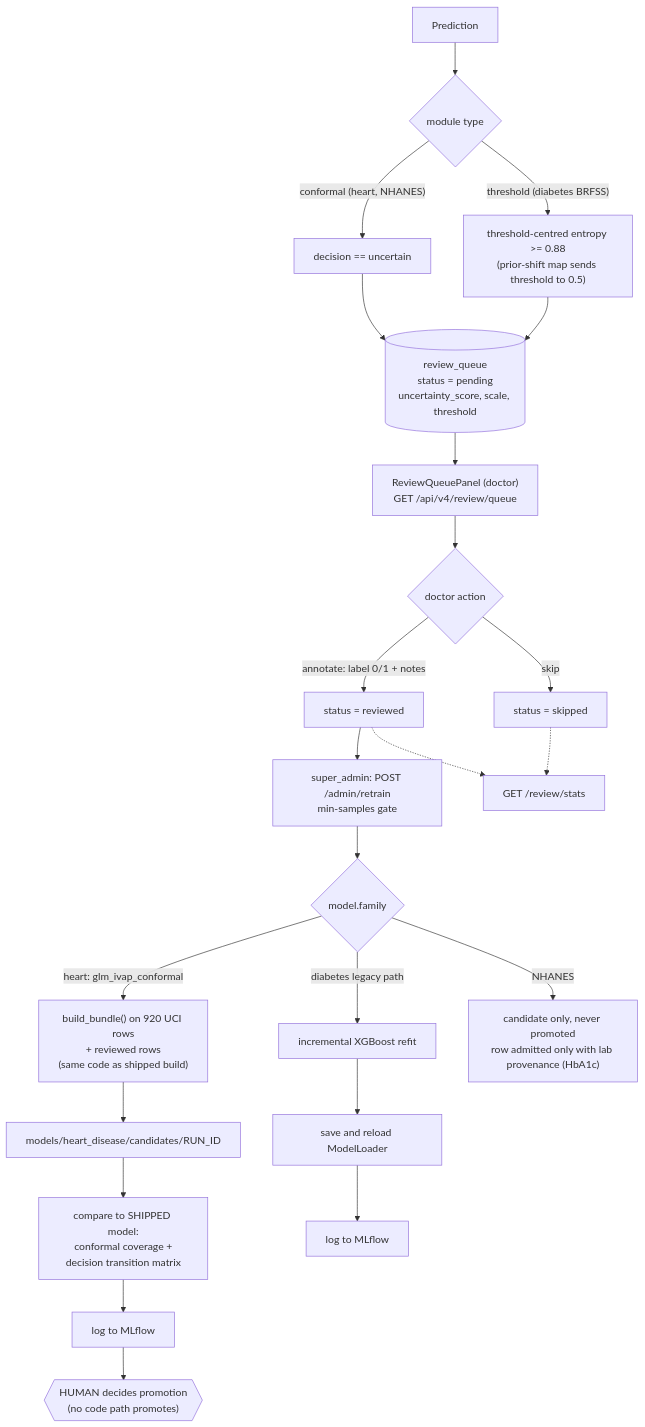
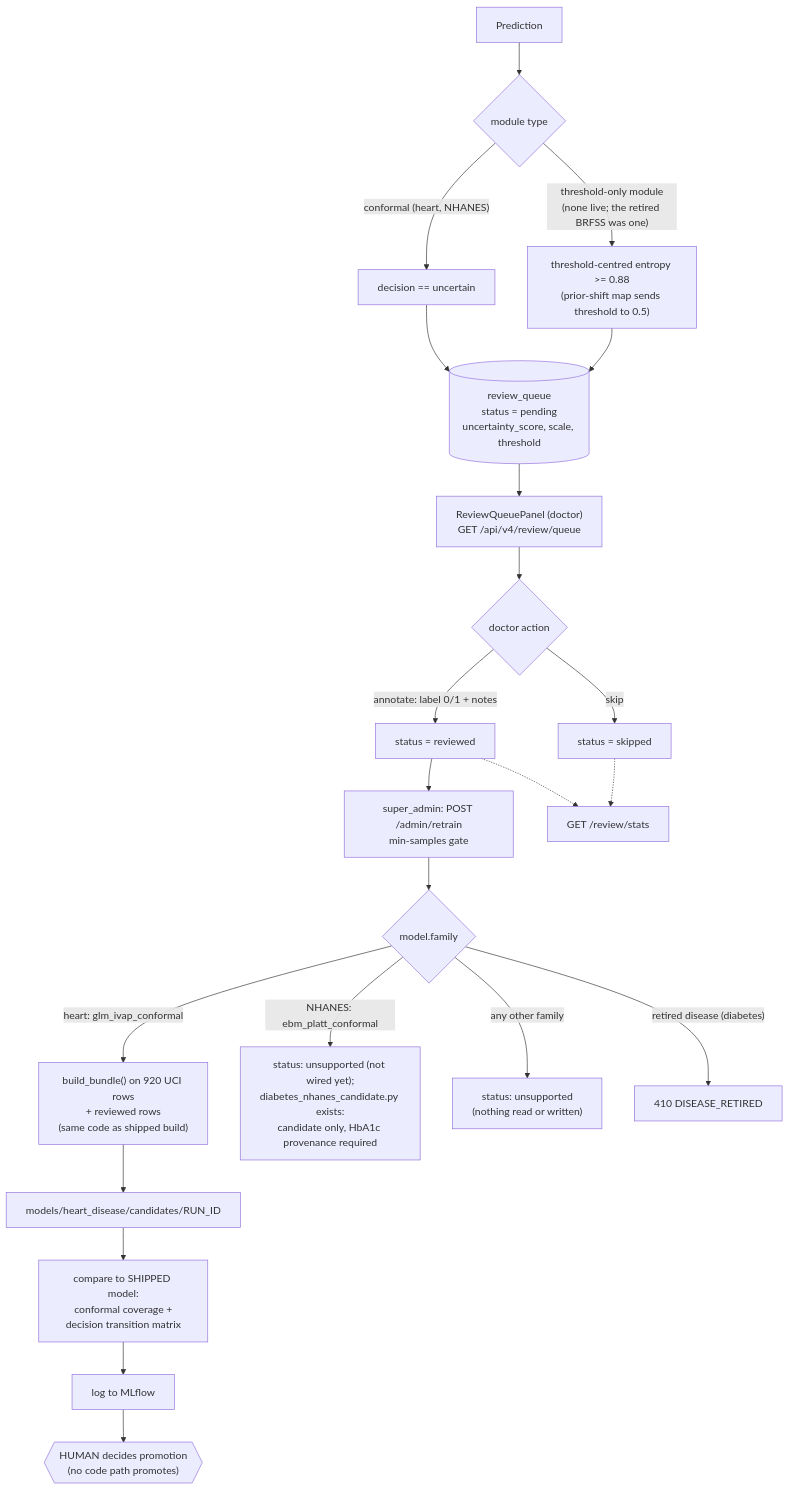
Before and after one commit to yahyalababenah/omnidiag: the sixth of 13 diagrams in docs/ARCHITECTURE.md, drawn with Mermaid. The commit also changed other lines of this file and 17 other files, not shown here.

````diff
--- a/docs/ARCHITECTURE.md
+++ b/docs/ARCHITECTURE.md
@@ -262,26 +253,25 @@
 ```mermaid
 flowchart TB
   P["Prediction"] --> Q1{"module type"}
   Q1 -->|"conformal (heart, NHANES)"| C1["decision == uncertain"]
-  Q1 -->|"threshold (diabetes BRFSS)"| C2["threshold-centred entropy >= 0.88<br/>(prior-shift map sends threshold to 0.5)"]
+  Q1 -->|"threshold-only module<br/>(none live; the retired BRFSS was one)"| C2["threshold-centred entropy >= 0.88<br/>(prior-shift map sends threshold to 0.5)"]
   C1 --> QUEUE
   C2 --> QUEUE
   QUEUE[("review_queue<br/>status = pending<br/>uncertainty_score, scale, threshold")]
   QUEUE --> UI["ReviewQueuePanel (doctor)<br/>GET /api/v4/review/queue"]
   UI --> ACT{"doctor action"}
   ACT -->|"annotate: label 0/1 + notes"| REV["status = reviewed"]
   ACT -->|"skip"| SKP["status = skipped"]
   REV --> RT["super_admin: POST /admin/retrain<br/>min-samples gate"]
   RT --> FAM{"model.family"}
   FAM -->|"heart: glm_ivap_conformal"| H1["build_bundle() on 920 UCI rows<br/>+ reviewed rows<br/>(same code as shipped build)"]
   H1 --> H2["models/heart_disease/candidates/RUN_ID"]
   H2 --> H3["compare to SHIPPED model:<br/>conformal coverage +<br/>decision transition matrix"]
   H3 --> H4["log to MLflow"]
   H4 --> H5{{"HUMAN decides promotion<br/>(no code path promotes)"}}
-  FAM -->|"diabetes legacy path"| D1["incremental XGBoost refit"]
-  D1 --> D2["save and reload ModelLoader"]
-  D2 --> D3["log to MLflow"]
-  FAM -->|"NHANES"| N1["candidate only, never promoted<br/>row admitted only with lab provenance (HbA1c)"]
+  FAM -->|"NHANES: ebm_platt_conformal"| N1["status: unsupported (not wired yet);<br/>diabetes_nhanes_candidate.py exists:<br/>candidate only, HbA1c provenance required"]
+  FAM -->|"any other family"| D1["status: unsupported<br/>(nothing read or written)"]
+  FAM -->|"retired disease (diabetes)"| D2["410 DISEASE_RETIRED"]
   SKP -.-> STATS["GET /review/stats"]
   REV -.-> STATS
 ```
````
